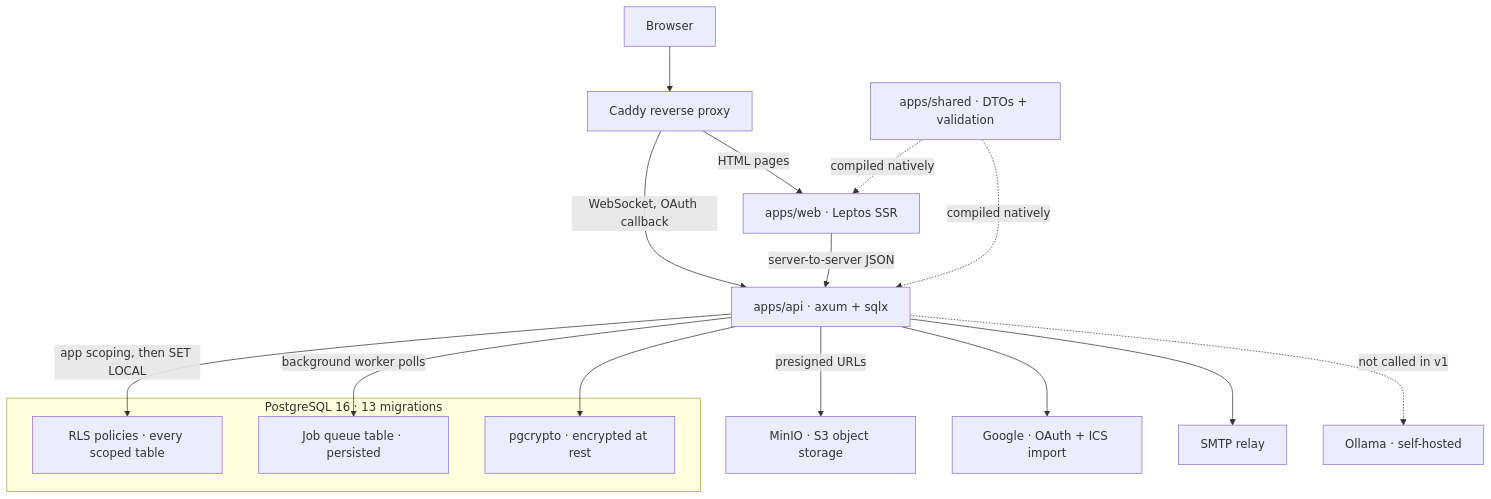
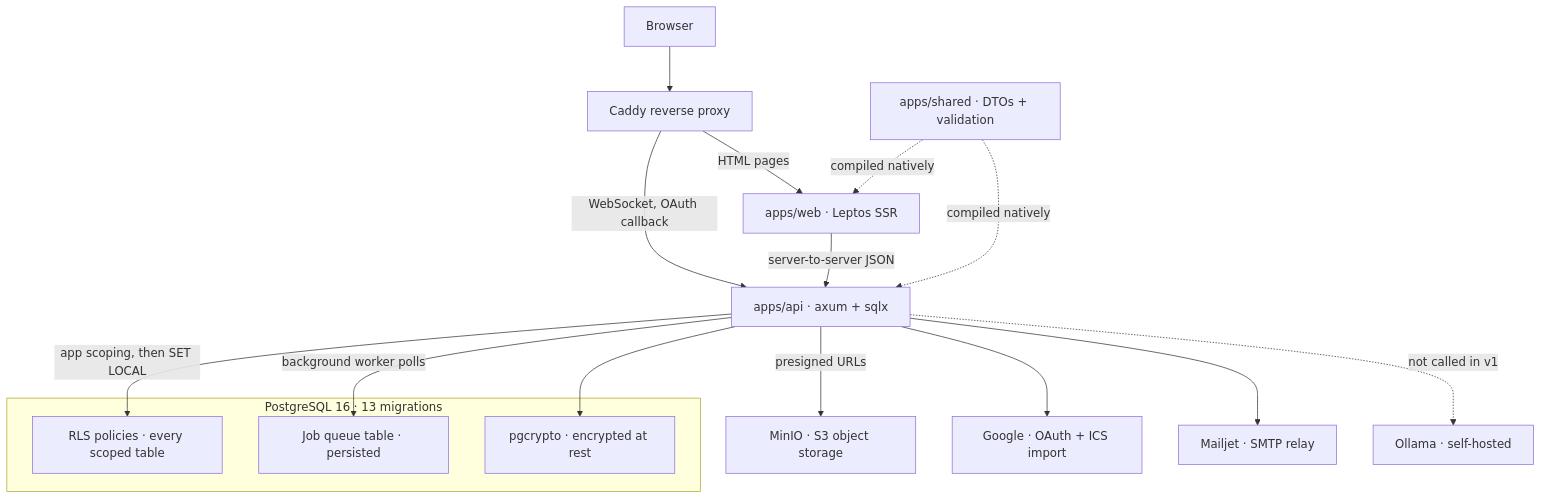
Before and after one commit to maelprog/manage_our_home: the diagram in README.md, drawn with Mermaid. The commit also changed 6 other files, not shown here.

````diff
--- a/README.md
+++ b/README.md
@@ -13,32 +13,32 @@
 ```mermaid
 flowchart TB
     browser["Browser"]
     caddy["Caddy reverse proxy"]
     web["apps/web · Leptos SSR"]
     api["apps/api · axum + sqlx"]
     shared["apps/shared · DTOs + validation"]
     minio["MinIO · S3 object storage"]
     google["Google · OAuth + ICS import"]
-    smtp["SMTP relay"]
+    smtp["Mailjet · SMTP relay"]
     ollama["Ollama · self-hosted"]
 
     subgraph pg["PostgreSQL 16 · 13 migrations"]
         rls["RLS policies · every scoped table"]
         jobs["Job queue table · persisted"]
         crypto["pgcrypto · encrypted at rest"]
     end
 
     browser --> caddy
     caddy -->|"HTML pages"| web
     caddy -->|"WebSocket, OAuth callback"| api
     web -->|"server-to-server JSON"| api
     shared -.->|"compiled natively"| web
     shared -.->|"compiled natively"| api
     api -->|"app scoping, then SET LOCAL"| rls
     api -->|"background worker polls"| jobs
     api --> crypto
     api -->|"presigned URLs"| minio
     api --> google
     api --> smtp
     api -.->|"not called in v1"| ollama
 ```
````
